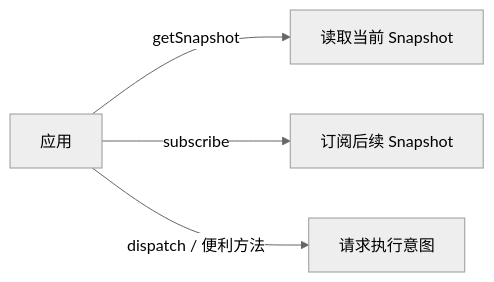
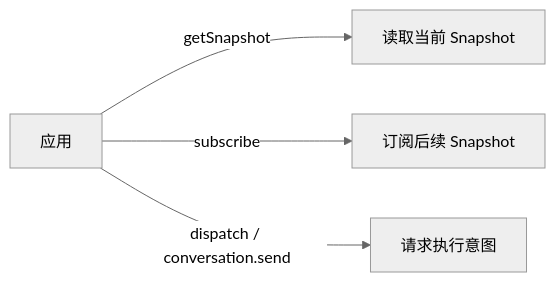
The first of 2 diagrams in docs-next/src/concepts/commands-and-runtime.md (gene9831/tiny-robot), drawn with Mermaid (neutral theme) before and after one commit. The commit also changed other lines of this file and 49 other files, not shown here.

````diff
--- a/docs-next/src/concepts/commands-and-runtime.md
+++ b/docs-next/src/concepts/commands-and-runtime.md
@@ -11,6 +11,6 @@
 ```mermaid
 flowchart LR
   App["应用"] -->|getSnapshot| Read["读取当前 Snapshot"]
   App -->|subscribe| Observe["订阅后续 Snapshot"]
-  App -->|dispatch / 便利方法| Intent["请求执行意图"]
+  App -->|dispatch / conversation.send| Intent["请求执行意图"]
 ```
````
